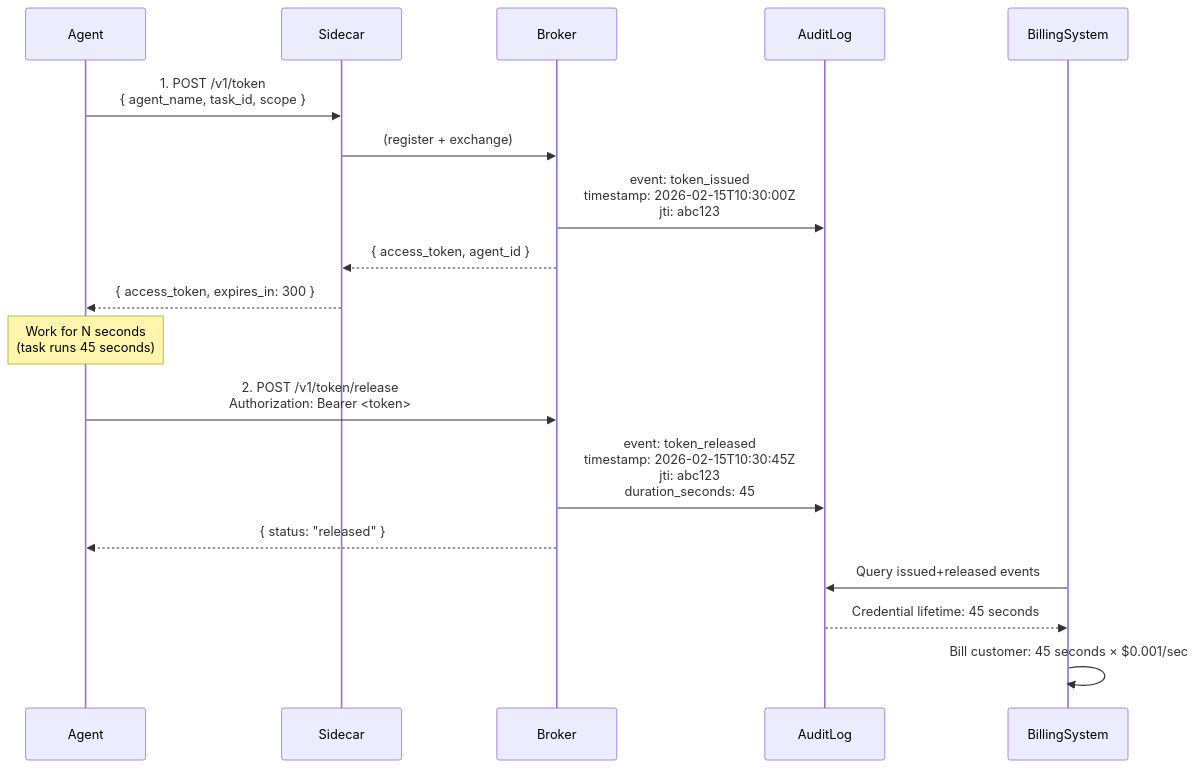
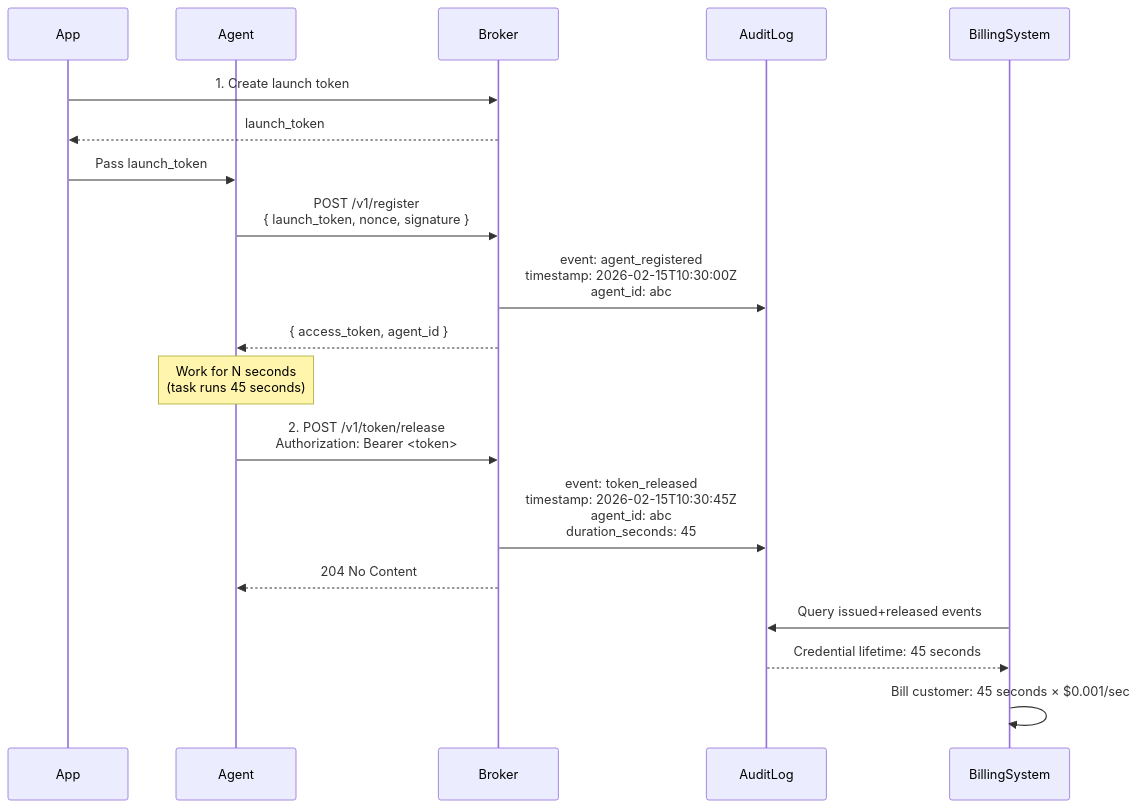
Before and after one commit to devonartis/agentwrit: the third of 6 diagrams in docs/integration-patterns.md, drawn with Mermaid. The commit also changed other lines of this file and 21 other files, not shown here.

````diff
--- a/docs/integration-patterns.md
+++ b/docs/integration-patterns.md
@@ -656,26 +644,29 @@
 ```mermaid
 sequenceDiagram
+    participant App
     participant Agent
-    participant SC as Sidecar
     participant Broker
     participant AuditLog
     participant BillingSystem
 
-    Agent->>SC: 1. POST /v1/token<br/>{ agent_name, task_id, scope }
-    SC->>Broker: (register + exchange)
-    Broker->>AuditLog: event: token_issued<br/>timestamp: 2026-02-15T10:30:00Z<br/>jti: abc123
+    App->>Broker: 1. Create launch token
+    Broker-->>App: launch_token
 
-    Broker-->>SC: { access_token, agent_id }
-    SC-->>Agent: { access_token, expires_in: 300 }
+    App->>Agent: Pass launch_token
+
+    Agent->>Broker: POST /v1/register<br/>{ launch_token, nonce, signature }
+    Broker->>AuditLog: event: agent_registered<br/>timestamp: 2026-02-15T10:30:00Z<br/>agent_id: abc
+
+    Broker-->>Agent: { access_token, agent_id }
 
     Note over Agent: Work for N seconds<br/>(task runs 45 seconds)
 
     Agent->>Broker: 2. POST /v1/token/release<br/>Authorization: Bearer <token>
-    Broker->>AuditLog: event: token_released<br/>timestamp: 2026-02-15T10:30:45Z<br/>jti: abc123<br/>duration_seconds: 45
+    Broker->>AuditLog: event: token_released<br/>timestamp: 2026-02-15T10:30:45Z<br/>agent_id: abc<br/>duration_seconds: 45
 
-    Broker-->>Agent: { status: "released" }
+    Broker-->>Agent: 204 No Content
 
     BillingSystem->>AuditLog: Query issued+released events
     AuditLog-->>BillingSystem: Credential lifetime: 45 seconds
     BillingSystem->>BillingSystem: Bill customer: 45 seconds × $0.001/sec
 ```
````
